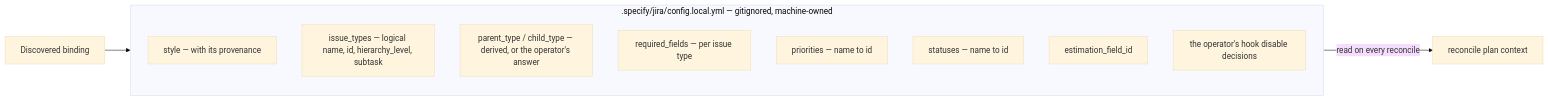
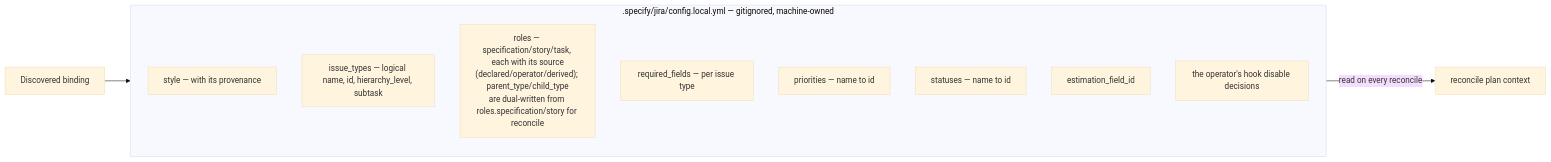
One commit to Fyloss/spec-kit-jira changed the third of 6 diagrams in docs/04-config-ceremony.md. Above: the diagram before and after it, drawn with Mermaid (base theme). The commit also changed other lines of this file and 48 other files, not shown here.

````diff
--- a/docs/04-config-ceremony.md
+++ b/docs/04-config-ceremony.md
@@ -74,18 +74,18 @@
 ```mermaid
 flowchart LR
     Discovery["Discovered binding"] --> Local
 
     subgraph Local[".specify/jira/config.local.yml — gitignored, machine-owned"]
         direction TB
         R1["style — with its provenance"]
         R2["issue_types — logical name, id, hierarchy_level, subtask"]
-        R3["parent_type / child_type — derived, or the operator's answer"]
+        R3["roles — specification/story/task, each with its source<br/>(declared/operator/derived); parent_type/child_type<br/>are dual-written from roles.specification/story for reconcile"]
         R4["required_fields — per issue type"]
         R5["priorities — name to id"]
         R6["statuses — name to id"]
         R7["estimation_field_id"]
         R8["the operator's hook disable decisions"]
     end
 
     Local -->|"read on every reconcile"| Reconcile["reconcile plan context"]
 ```
````
